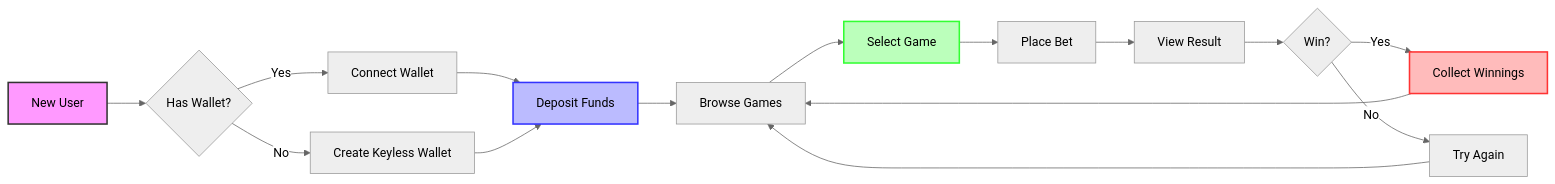
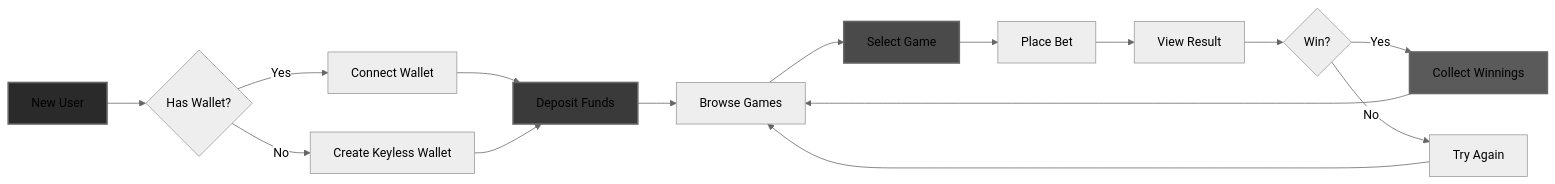
The fourth of 4 diagrams in README.md (AmaanSayyad/APT-Casino-Arbitrum), drawn with Mermaid (neutral theme) before and after one commit. The commit also changed other lines of this file, not shown here.

````diff
--- a/README.md
+++ b/README.md
@@ -364,22 +364,22 @@
 ```mermaid
 flowchart LR
     A[New User] --> B{Has Wallet?}
     B -->|Yes| C[Connect Wallet]
     B -->|No| D[Create Keyless Wallet]
     C --> E[Deposit Funds]
     D --> E
     E --> F[Browse Games]
     F --> G[Select Game]
     G --> H[Place Bet]
     H --> I[View Result]
     I --> J{Win?}
     J -->|Yes| K[Collect Winnings]
     J -->|No| L[Try Again]
     K --> F
     L --> F
     
-    style A fill:#f9f,stroke:#333,stroke-width:2px
-    style E fill:#bbf,stroke:#33f,stroke-width:2px
-    style G fill:#bfb,stroke:#3f3,stroke-width:2px
-    style K fill:#fbb,stroke:#f33,stroke-width:2px
+    style A fill:#2a2a2a,stroke:#666,stroke-width:2px
+    style E fill:#3a3a3a,stroke:#666,stroke-width:2px
+    style G fill:#4a4a4a,stroke:#666,stroke-width:2px
+    style K fill:#5a5a5a,stroke:#666,stroke-width:2px
 ```
````
